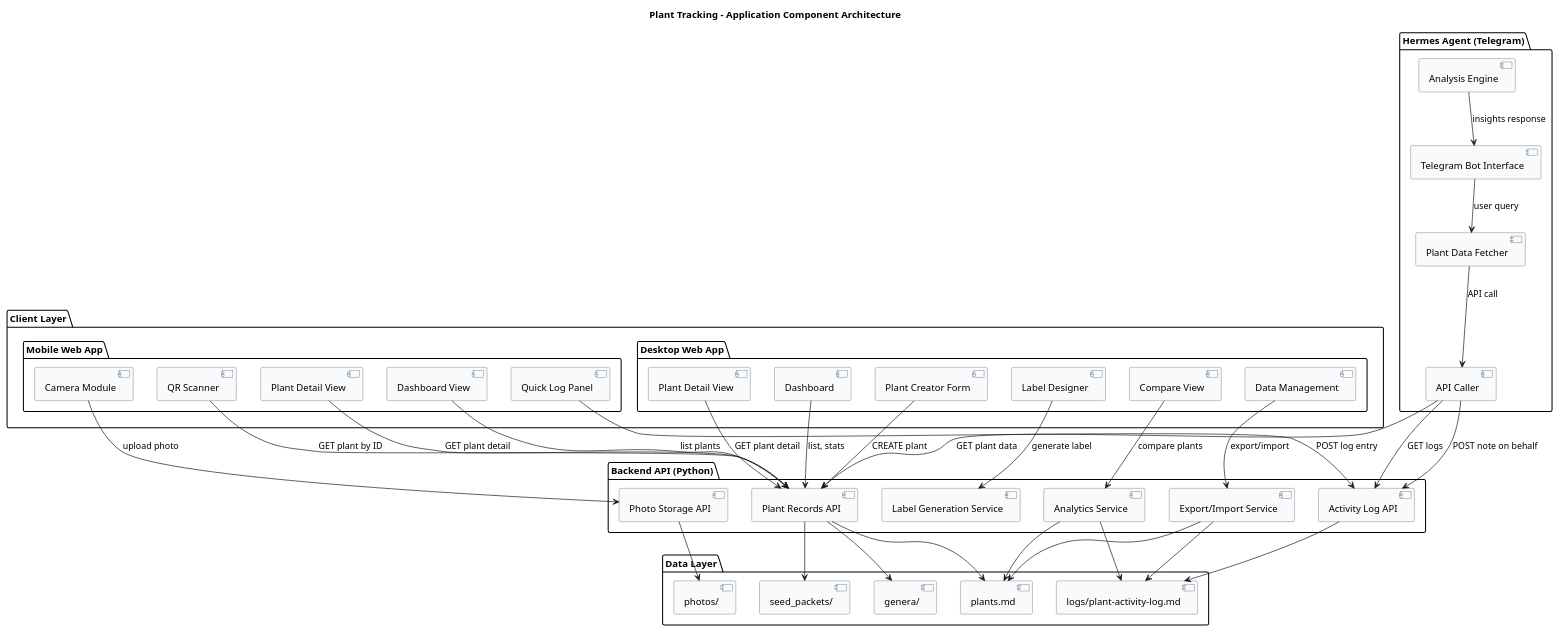
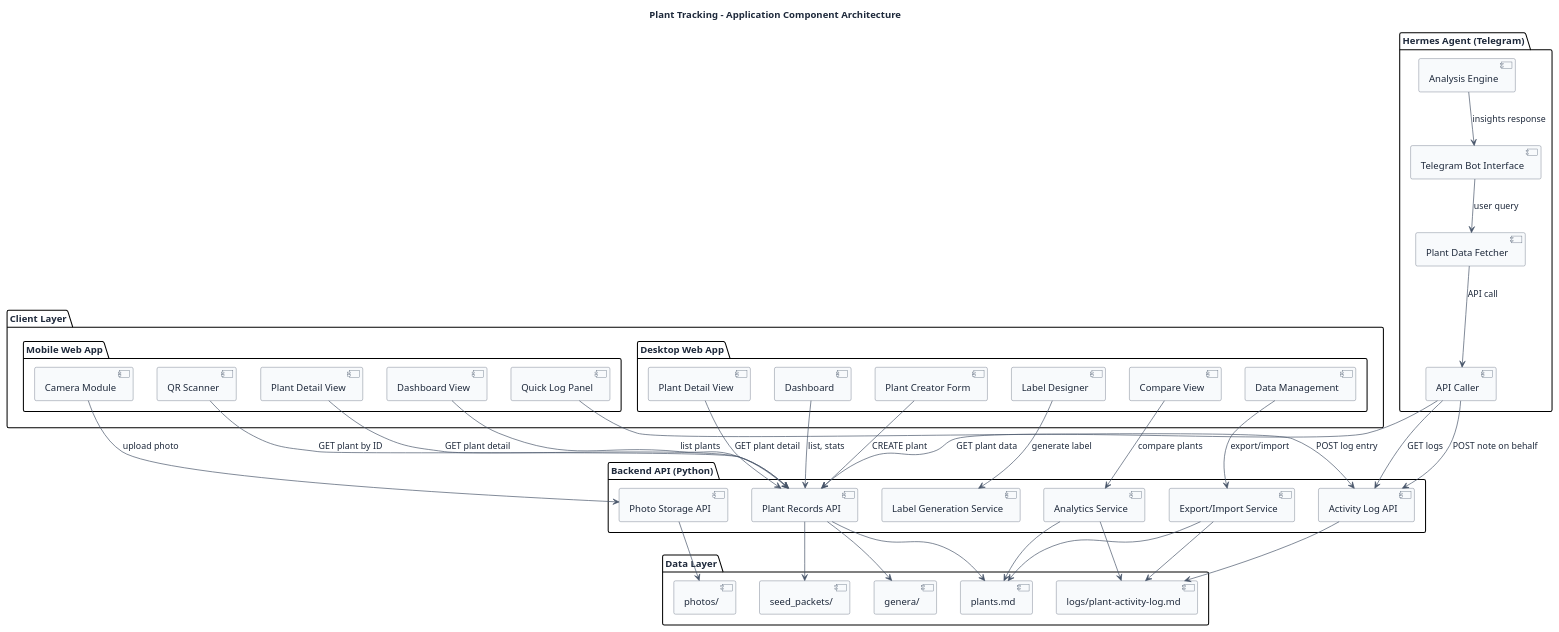
One commit to geraldthewes/plant-tracking changed the diagram in knowledge/ui-design/05-component-arch.puml. Above: the diagram before and after it, drawn with PlantUML. The commit also changed 11 other files, not shown here.

First line of the commit message:
fix: improve text contrast in all PlantUML UI diagrams

```diff
--- a/knowledge/ui-design/05-component-arch.puml
+++ b/knowledge/ui-design/05-component-arch.puml
@@ -1,87 +1,92 @@
 @startuml
 skinparam component {
   BackgroundColor #f8fafc
   BorderColor #475569
+  FontColor #1e293b
 }
 skinparam rectangle {
   BackgroundColor #f1f5f9
   BorderColor #64748b
+  FontColor #1e293b
 }
+skinparam defaultFontColor #1e293b
+skinparam arrowColor #475569
+skinparam shadowing false
 
 title Plant Tracking - Application Component Architecture
 
 package "Client Layer" {
   package "Mobile Web App" as mobile {
     component [QR Scanner] as scanner
     component [Camera Module] as camera
     component [Quick Log Panel] as quicklog
     component [Plant Detail View] as mobile_detail
     component [Dashboard View] as mobile_dash
   }
 
   package "Desktop Web App" as desktop {
     component [Dashboard] as dash
     component [Plant Creator Form] as creator
     component [Label Designer] as label_designer
     component [Plant Detail View] as desktop_detail
     component [Compare View] as compare
     component [Data Management] as data_mgmt
   }
 }
 
 package "Backend API (Python)" as backend {
   component [Plant Records API] as api_plants
   component [Activity Log API] as api_logs
   component [Label Generation Service] as api_labels
   component [Photo Storage API] as api_photos
   component [Analytics Service] as api_analytics
   component [Export/Import Service] as api_export
 }
 
 package "Hermes Agent (Telegram)" as hermes {
   component [Telegram Bot Interface] as telegram
   component [Plant Data Fetcher] as hermes_fetcher
   component [Analysis Engine] as hermes_analyze
   component [API Caller] as hermes_api
 }
 
 package "Data Layer" as datalayer {
   component [plants.md] as plants_db
   component [logs/plant-activity-log.md] as logs_db
   component [seed_packets/] as seeds_db
   component [genera/] as genera_db
   component [photos/] as photos_store
 }
 
 ' Client -> API connections
 scanner --> api_plants : GET plant by ID
 camera --> api_photos : upload photo
 quicklog --> api_logs : POST log entry
 mobile_detail --> api_plants : GET plant detail
 mobile_dash --> api_plants : list plants
 dash --> api_plants : list, stats
 creator --> api_plants : CREATE plant
 label_designer --> api_labels : generate label
 desktop_detail --> api_plants : GET plant detail
 compare --> api_analytics : compare plants
 data_mgmt --> api_export : export/import
 
 ' Hermes -> API connections
 telegram --> hermes_fetcher : user query
 hermes_fetcher --> hermes_api : API call
 hermes_api --> api_plants : GET plant data
 hermes_api --> api_logs : GET logs
 hermes_analyze --> telegram : insights response
 hermes_api --> api_logs : POST note on behalf
 
 ' API -> Data connections
 api_plants --> plants_db
 api_logs --> logs_db
 api_photos --> photos_store
 api_plants --> seeds_db
 api_plants --> genera_db
 api_analytics --> plants_db
 api_analytics --> logs_db
 api_export --> plants_db
 api_export --> logs_db
 @enduml
```
